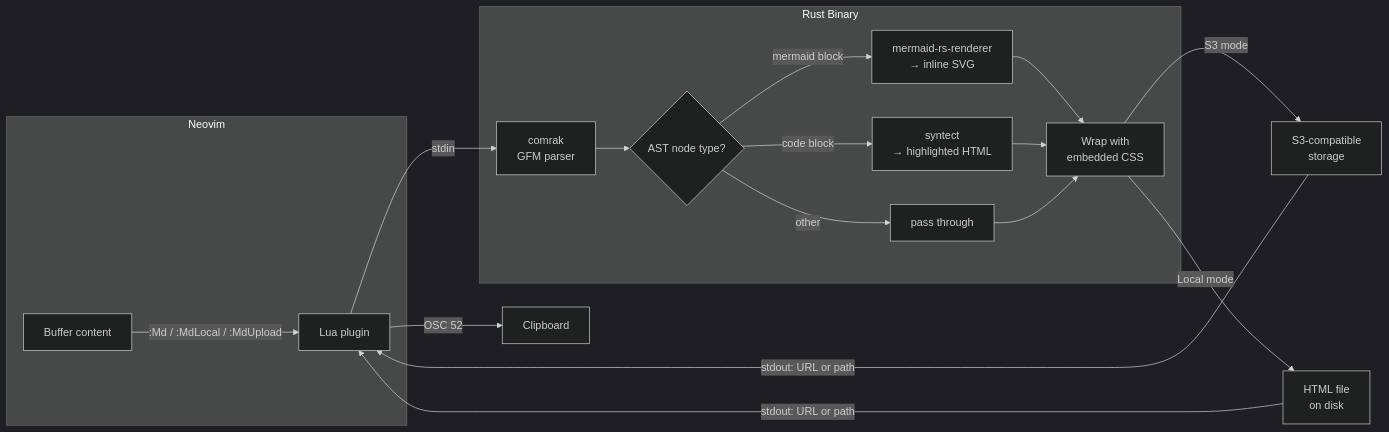
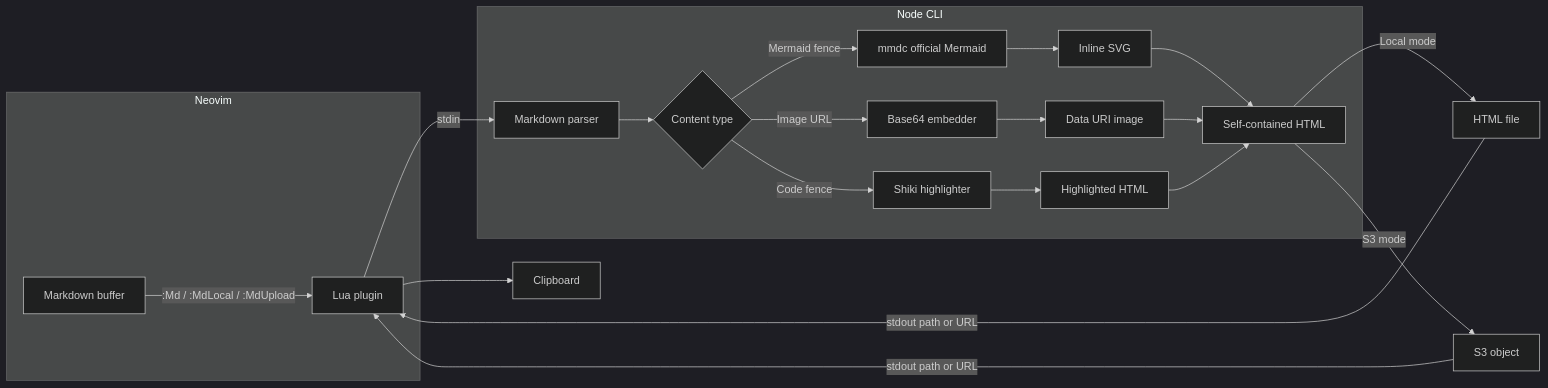
The diagram in README.md (feng409/s3-md-preview.nvim), drawn with Mermaid (dark theme) before and after one commit. The commit also changed other lines of this file and 33 other files, not shown here.

First line of the commit message:
feat!: migrate renderer from Rust to Node.js + official Mermaid CLI

````diff
--- a/README.md
+++ b/README.md
@@ -17,20 +24,23 @@
 ```mermaid
 flowchart LR
-    subgraph Neovim
-        A[Buffer content] -->|:Md / :MdLocal / :MdUpload| B[Lua plugin]
+    subgraph neovim [Neovim]
+        A[Markdown buffer] -->|":Md / :MdLocal / :MdUpload"| B[Lua plugin]
     end
 
-    subgraph Rust Binary
-        B -->|stdin| C[comrak\nGFM parser]
-        C --> D{AST node type?}
-        D -->|mermaid block| E[mermaid-rs-renderer\n→ inline SVG]
-        D -->|code block| F[syntect\n→ highlighted HTML]
-        D -->|other| G[pass through]
-        E & F & G --> H[Wrap with\nembedded CSS]
+    subgraph nodeCli [Node CLI]
+        B -->|stdin| C[Markdown parser]
+        C --> D{Content type}
+        D -->|Mermaid fence| E[mmdc official Mermaid]
+        D -->|Image URL| F[Base64 embedder]
+        D -->|Code fence| G[Shiki highlighter]
+        E --> H[Inline SVG]
+        F --> I[Data URI image]
+        G --> J[Highlighted HTML]
+        H & I & J --> K[Self-contained HTML]
     end
 
-    H -->|S3 mode| I[S3-compatible\nstorage]
-    H -->|Local mode| J[HTML file\non disk]
-    I & J -->|stdout: URL or path| B
-    B -->|OSC 52| K[Clipboard]
+    K -->|Local mode| L[HTML file]
+    K -->|S3 mode| M[S3 object]
+    L & M -->|stdout path or URL| B
+    B --> N[Clipboard]
 ```
````
